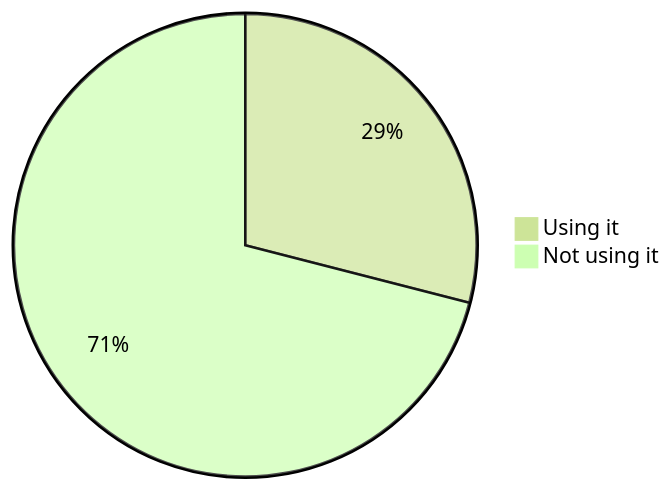
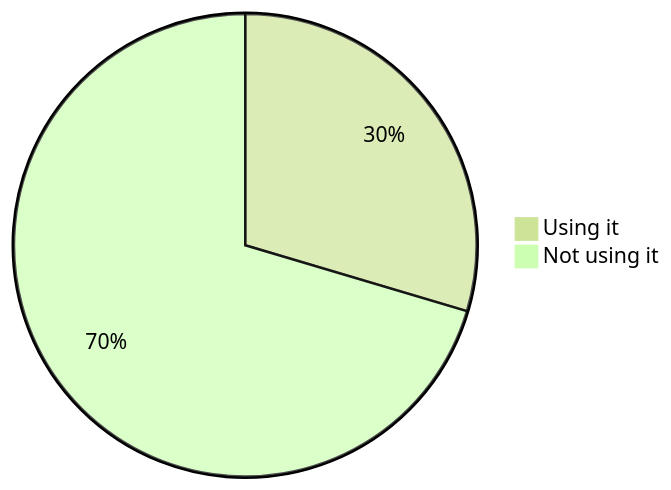
One commit to oshp/oshp-stats changed diagram 15 of 22 in stats.md. Above: the diagram before and after it, drawn with Mermaid (forest theme). The commit also changed other lines of this file, not shown here.

````diff
--- a/stats.md
+++ b/stats.md
@@ -178,6 +178,6 @@
 ```mermaid
 pie
-	"Using it" : 29.0
-	"Not using it" : 71.0
+	"Using it" : 29.6
+	"Not using it" : 70.4
 
 ```
````
